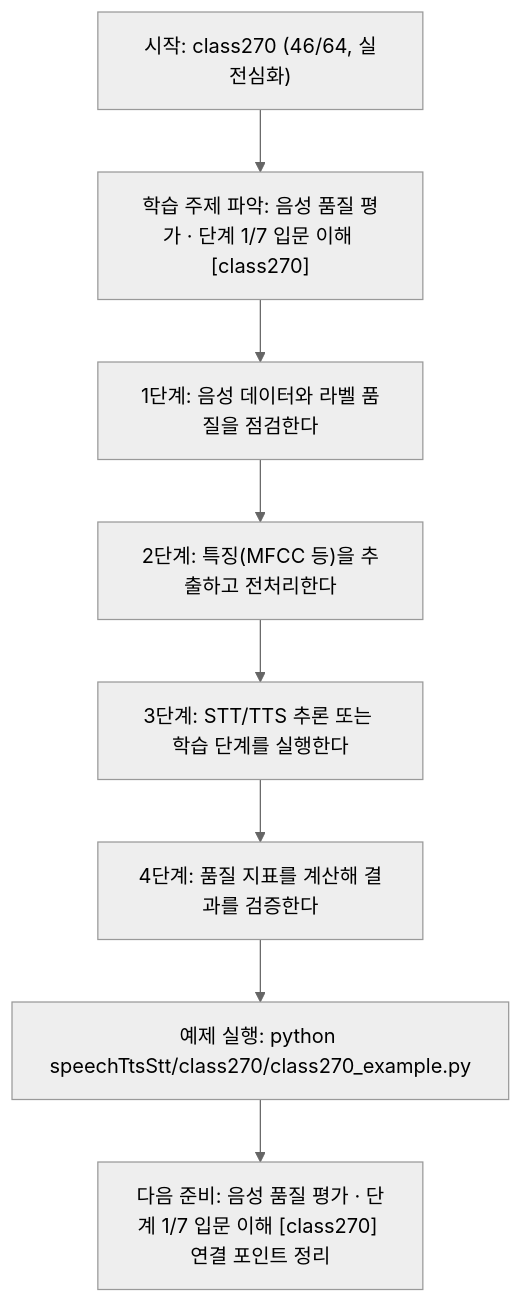
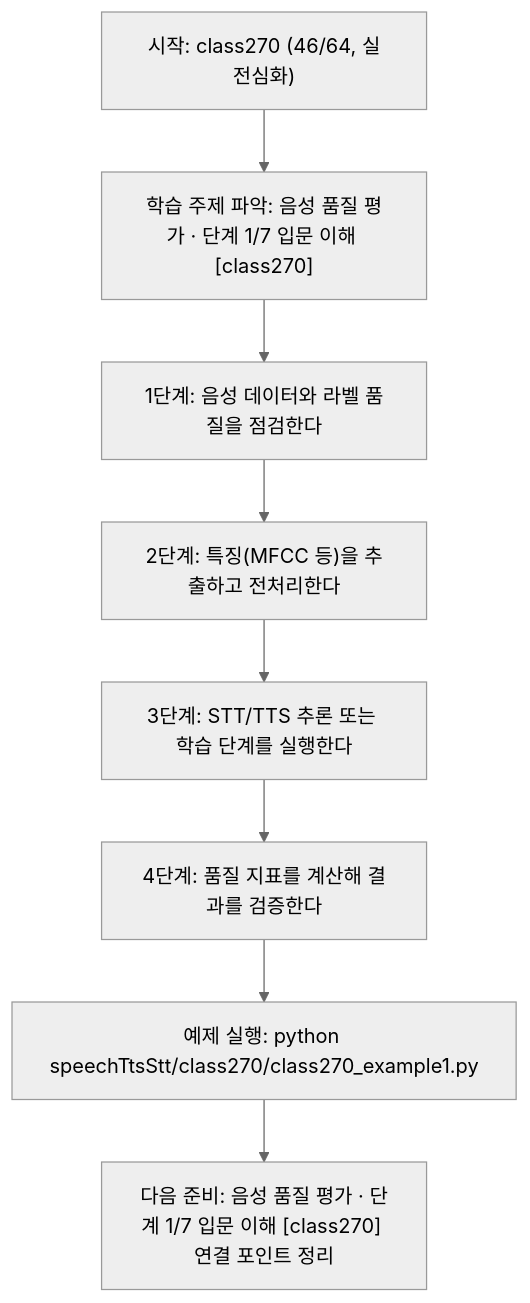
One commit to edumgt/Python-AI_Agent-Class changed the diagram in speechTtsStt/class270/class270.md. Above: the diagram before and after it, drawn with Mermaid (neutral theme). The commit also changed other lines of this file and 2959 other files, not shown here.

````diff
--- a/speechTtsStt/class270/class270.md
+++ b/speechTtsStt/class270/class270.md
@@ -114,18 +114,18 @@
 ```mermaid
 flowchart TD
 N1["시작: class270 (46/64, 실전심화)"]
 N2["학습 주제 파악: 음성 품질 평가 · 단계 1/7 입문 이해 [class270]"]
 N3["1단계: 음성 데이터와 라벨 품질을 점검한다"]
 N4["2단계: 특징(MFCC 등)을 추출하고 전처리한다"]
 N5["3단계: STT/TTS 추론 또는 학습 단계를 실행한다"]
 N6["4단계: 품질 지표를 계산해 결과를 검증한다"]
-N7["예제 실행: python speechTtsStt/class270/class270_example.py"]
+N7["예제 실행: python speechTtsStt/class270/class270_example1.py"]
 N8["다음 준비: 음성 품질 평가 · 단계 1/7 입문 이해 [class270] 연결 포인트 정리"]
 N1 --> N2
 N2 --> N3
 N3 --> N4
 N4 --> N5
 N5 --> N6
 N6 --> N7
 N7 --> N8
 ```
````
